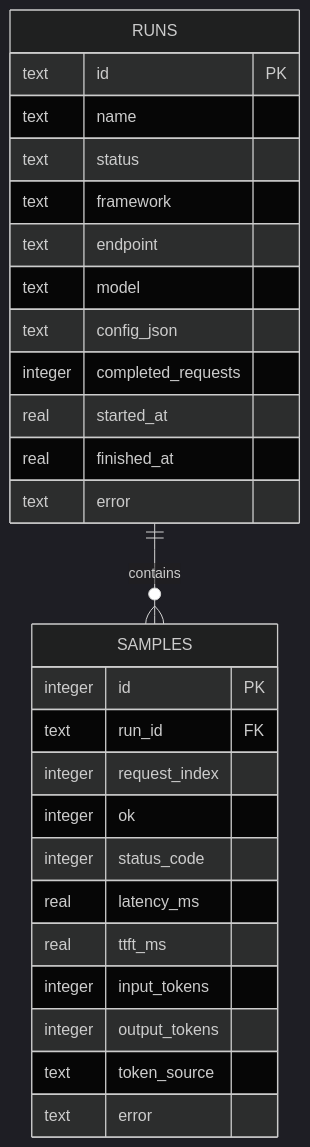
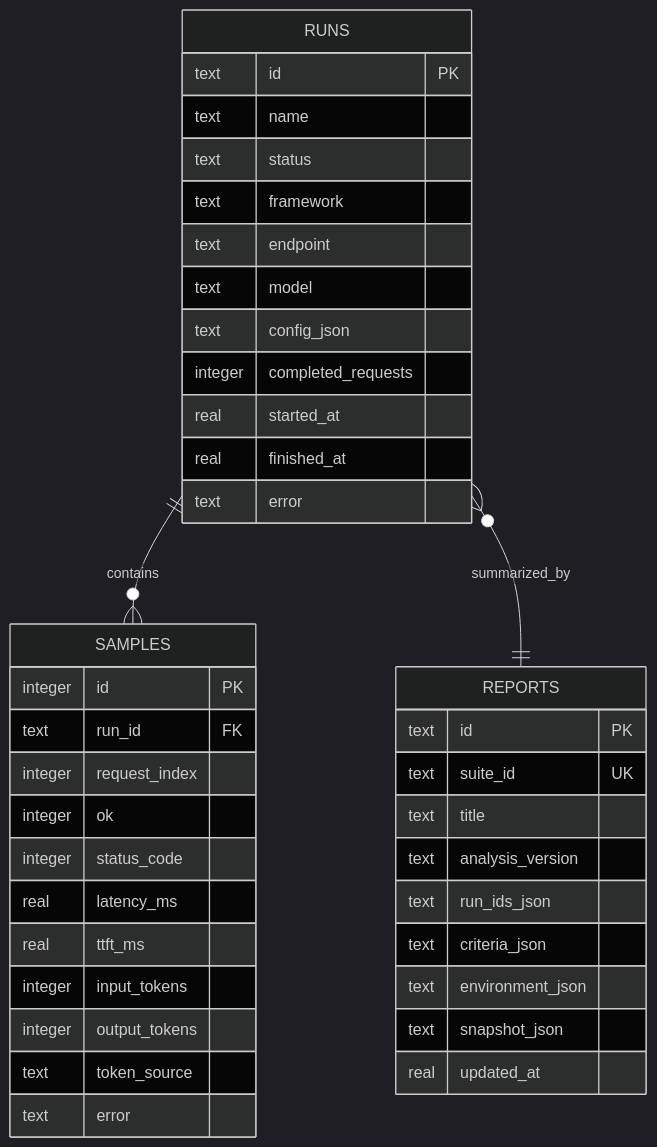
Before and after one commit to Yuki-0215/inferbench: the second of 2 diagrams in ARCHITECTURE.md, drawn with Mermaid (dark theme). The commit also changed other lines of this file and 20 other files, not shown here.

````diff
--- a/ARCHITECTURE.md
+++ b/ARCHITECTURE.md
@@ -88,30 +92,42 @@
 ```mermaid
 erDiagram
     RUNS ||--o{ SAMPLES : contains
+    RUNS }o--|| REPORTS : summarized_by
     RUNS {
       text id PK
       text name
       text status
       text framework
       text endpoint
       text model
       text config_json
       integer completed_requests
       real started_at
       real finished_at
       text error
     }
     SAMPLES {
       integer id PK
       text run_id FK
       integer request_index
       integer ok
       integer status_code
       real latency_ms
       real ttft_ms
       integer input_tokens
       integer output_tokens
       text token_source
       text error
     }
+    REPORTS {
+      text id PK
+      text suite_id UK
+      text title
+      text analysis_version
+      text run_ids_json
+      text criteria_json
+      text environment_json
+      text snapshot_json
+      real updated_at
+    }
 ```
````
